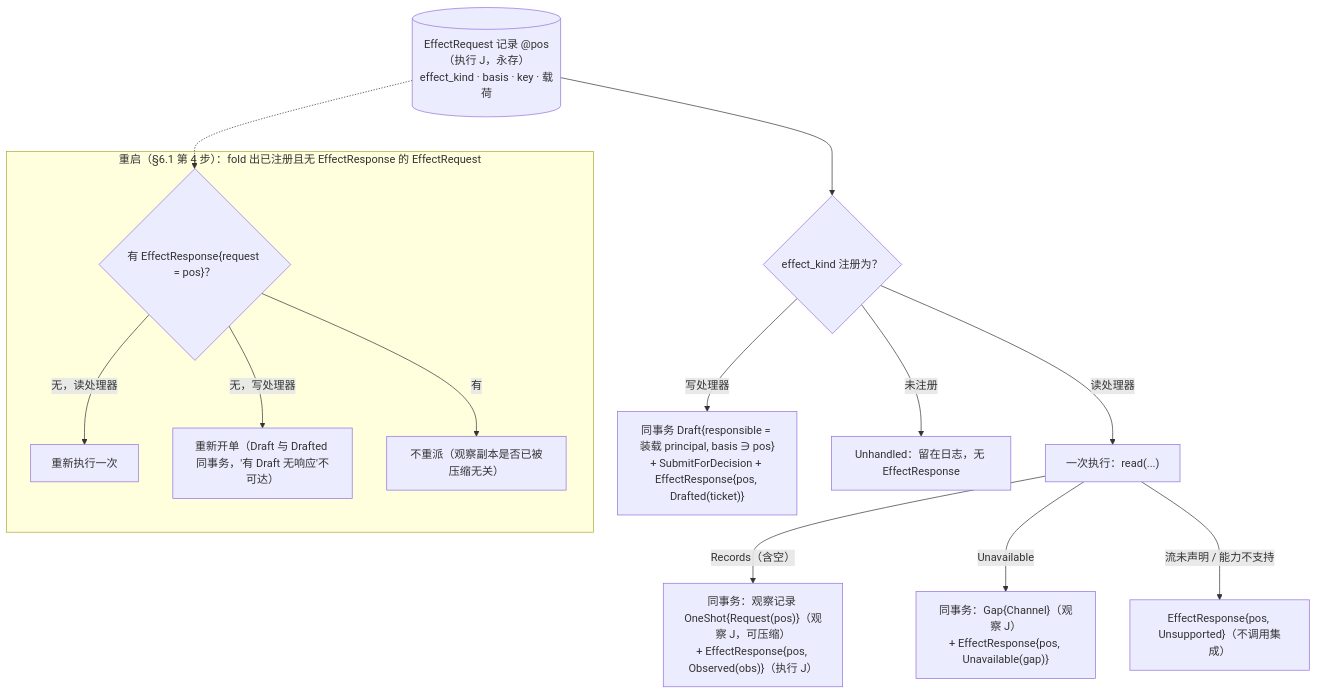
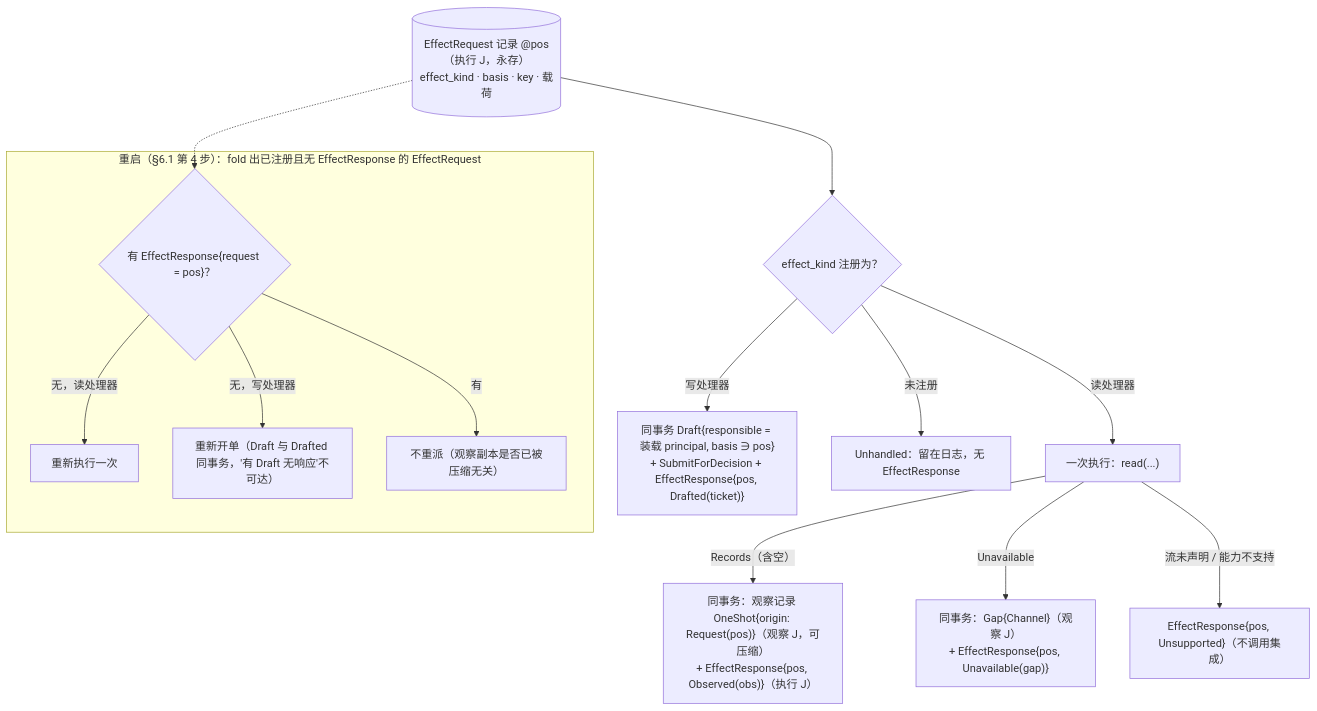
One commit to mouriya-s-lab/uta changed the third of 3 diagrams in design/diagrams/04-program-host.md. Above: the diagram before and after it, drawn with Mermaid. The commit also changed other lines of this file and 6 other files, not shown here.

````diff
--- a/design/diagrams/04-program-host.md
+++ b/design/diagrams/04-program-host.md
@@ -96,19 +96,19 @@
 ```mermaid
 flowchart TB
   ER[("EffectRequest 记录 @pos（执行 J，永存）<br/>effect_kind · basis · key · 载荷")]
   REG{"effect_kind 注册为？"}
   ER --> REG
   REG -->|"读处理器"| RD["一次执行：read(...)"]
-  RD -->|"Records（含空）"| R1["同事务：观察记录 OneShot{Request(pos)}（观察 J，可压缩）<br/>+ EffectResponse{pos, Observed(obs)}（执行 J）"]
+  RD -->|"Records（含空）"| R1["同事务：观察记录 OneShot{origin: Request(pos)}（观察 J，可压缩）<br/>+ EffectResponse{pos, Observed(obs)}（执行 J）"]
   RD -->|"Unavailable"| R2["同事务：Gap{Channel}（观察 J）<br/>+ EffectResponse{pos, Unavailable(gap)}"]
   RD -->|"流未声明 / 能力不支持"| R3["EffectResponse{pos, Unsupported}（不调用集成）"]
   REG -->|"写处理器"| WR["同事务 Draft{responsible = 装载 principal, basis ∋ pos}<br/>+ SubmitForDecision + EffectResponse{pos, Drafted(ticket)}"]
   REG -->|"未注册"| UH["Unhandled：留在日志，无 EffectResponse"]
   subgraph RESTART["重启（§6.1 第 4 步）：fold 出已注册且无 EffectResponse 的 EffectRequest"]
     Q1{"有 EffectResponse{request = pos}？"}
     Q1 -->|"无，读处理器"| RD2["重新执行一次"]
     Q1 -->|"无，写处理器"| WR2["重新开单（Draft 与 Drafted 同事务，'有 Draft 无响应'不可达）"]
     Q1 -->|"有"| SKIP["不重派（观察副本是否已被压缩无关）"]
   end
   ER -.-> Q1
 ```
````
